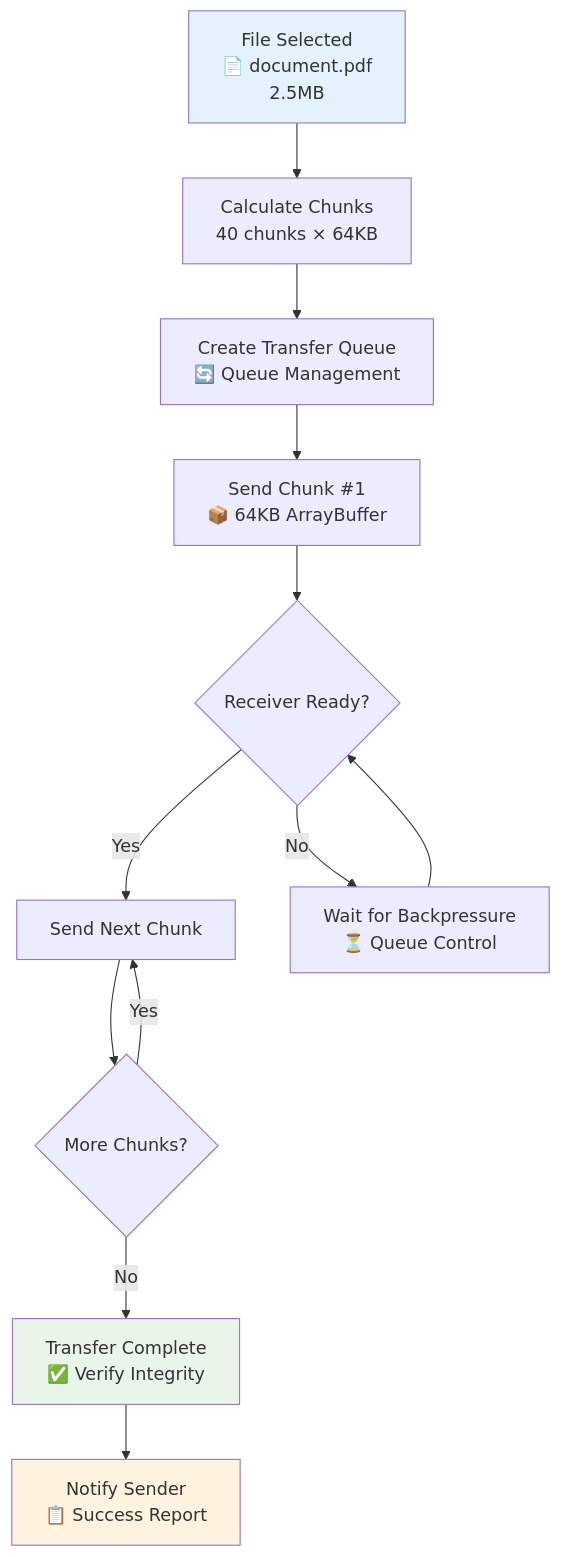
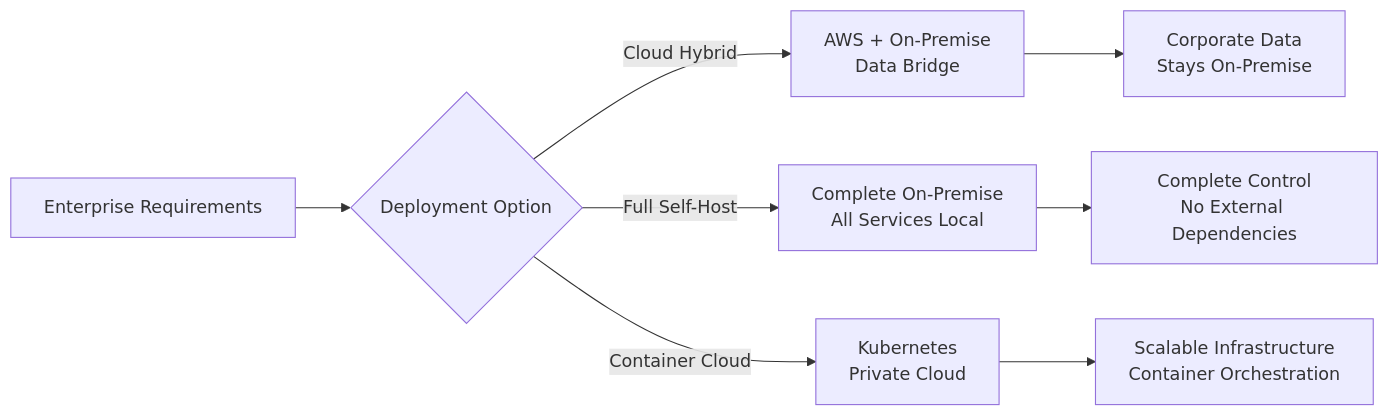
Before and after one commit to michaeloboyle/MessagePedia-WebRTC-Electron: the tenth of 10 diagrams in docs/ARCHITECTURE.md, drawn with Mermaid. The commit also changed other lines of this file and 37 other files, not shown here.

````diff
--- a/docs/ARCHITECTURE.md
+++ b/docs/ARCHITECTURE.md
@@ -159,23 +401,12 @@
 ```mermaid
-flowchart TD
-    A[File Selected<br/>📄 document.pdf<br/>2.5MB] --> B[Calculate Chunks<br/>40 chunks × 64KB]
+flowchart LR
+    A[Enterprise Requirements] --> B{Deployment Option}
     
-    B --> C[Create Transfer Queue<br/>🔄 Queue Management]
-    C --> D[Send Chunk #1<br/>📦 64KB ArrayBuffer]
+    B -->|Cloud Hybrid| C[AWS + On-Premise<br/>Data Bridge]
+    B -->|Full Self-Host| D[Complete On-Premise<br/>All Services Local]
+    B -->|Container Cloud| E[Kubernetes<br/>Private Cloud]
     
-    D --> E{Receiver Ready?}
-    E -->|Yes| F[Send Next Chunk]
-    E -->|No| G[Wait for Backpressure<br/>⏳ Queue Control]
-    
-    F --> H{More Chunks?}
-    H -->|Yes| F
-    H -->|No| I[Transfer Complete<br/>✅ Verify Integrity]
-    
-    G --> E
-    
-    I --> J[Notify Sender<br/>📋 Success Report]
-    
-    style A fill:#e3f2fd
-    style I fill:#e8f5e8
-    style J fill:#fff3e0
+    C --> F[Corporate Data<br/>Stays On-Premise]
+    D --> G[Complete Control<br/>No External Dependencies]
+    E --> H[Scalable Infrastructure<br/>Container Orchestration]
 ```
````
